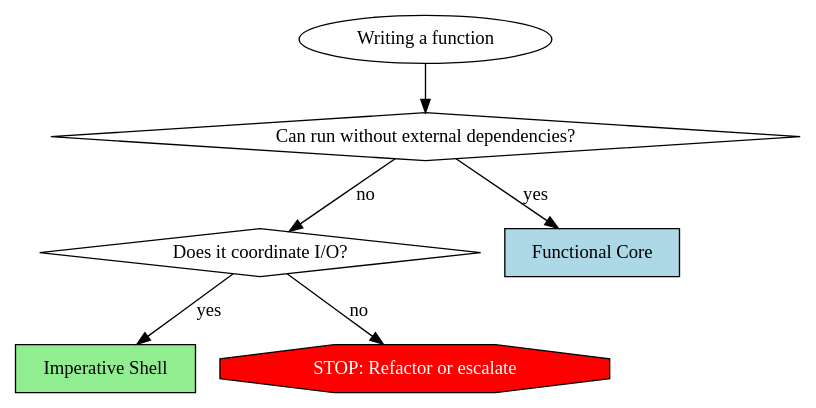
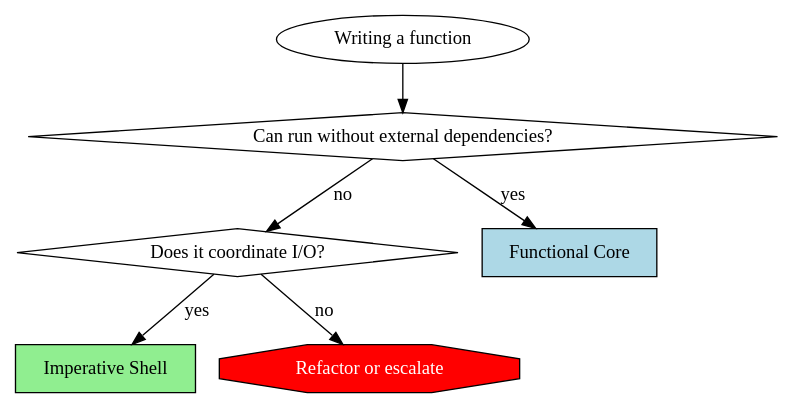
One commit to vivshaw/loam changed the diagram in plugins/style/skills/using-functional-core-imperative-shell/SKILL.md. Above: the diagram before and after it, drawn with Graphviz. The commit also changed other lines of this file and 47 other files, not shown here.

````diff
--- a/plugins/style/skills/using-functional-core-imperative-shell/SKILL.md
+++ b/plugins/style/skills/using-functional-core-imperative-shell/SKILL.md
@@ -121,16 +121,16 @@
 ```dot
 digraph fcis_decision {
     "Writing a function" [shape=ellipse];
     "Can run without external dependencies?" [shape=diamond];
     "Does it coordinate I/O?" [shape=diamond];
     "Functional Core" [shape=box, style=filled, fillcolor=lightblue];
     "Imperative Shell" [shape=box, style=filled, fillcolor=lightgreen];
-    "STOP: Refactor or escalate" [shape=octagon, style=filled, fillcolor=red, fontcolor=white];
+    "Refactor or escalate" [shape=octagon, style=filled, fillcolor=red, fontcolor=white];
 
     "Writing a function" -> "Can run without external dependencies?";
     "Can run without external dependencies?" -> "Functional Core" [label="yes"];
     "Can run without external dependencies?" -> "Does it coordinate I/O?" [label="no"];
     "Does it coordinate I/O?" -> "Imperative Shell" [label="yes"];
-    "Does it coordinate I/O?" -> "STOP: Refactor or escalate" [label="no"];
+    "Does it coordinate I/O?" -> "Refactor or escalate" [label="no"];
 }
 ```
````
